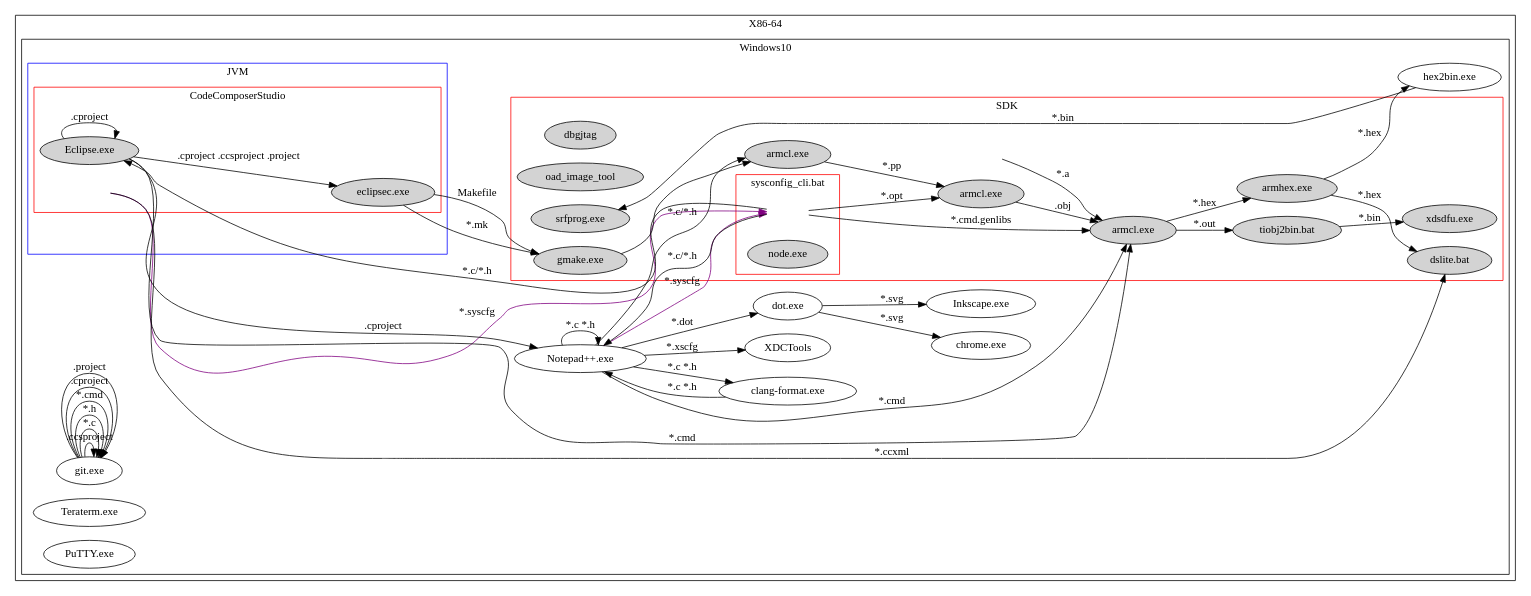
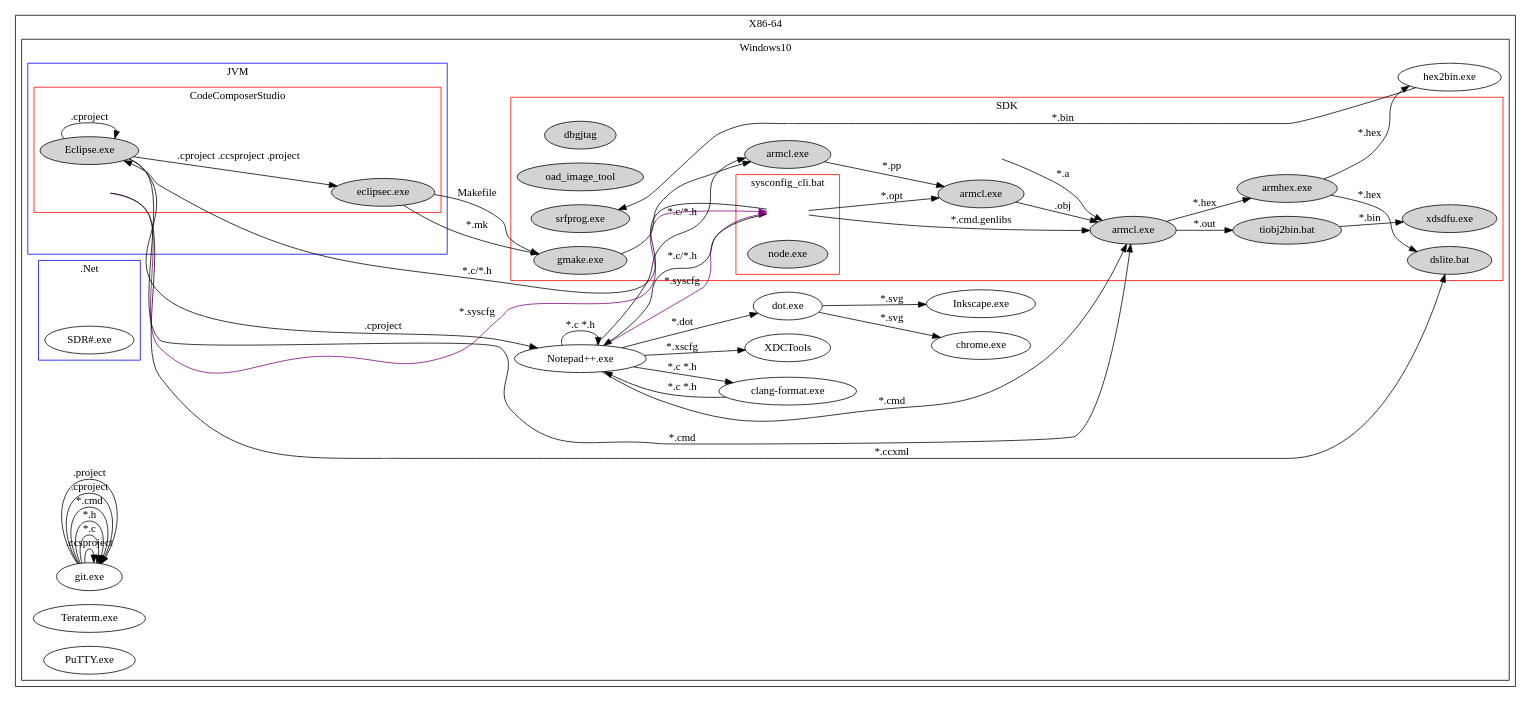
One commit to aabzel/ti_mcu_code_base changed the diagram in docs/toolchain_cc26x2/ToolChain_CC26x2.dot. Above: the diagram before and after it, drawn with Graphviz.

```diff
--- a/docs/toolchain_cc26x2/ToolChain_CC26x2.dot
+++ b/docs/toolchain_cc26x2/ToolChain_CC26x2.dot
@@ -1,100 +1,107 @@
 digraph  graphname {
     rankdir=LR;
 	subgraph clusterx86{
 		label="X86-64"
 
     subgraph clusterWIN10  {
 		label="Windows10"
 		WIN10[shape="none"][style="invis"][label=""];
 		XDCTools [label="XDCTools"];//TI RTOS Configuration
     	subgraph clusterJVM  {
     	   label="JVM"
 		   /*node [style=filled];*/
 		   color=blue
     	   JVM[shape="none"][style="invis"][label=""];
     	    subgraph clusterCSS  {
 			   node [style=filled];
 		       color=red
     	       label="CodeComposerStudio"
 			   /*style=filled;*/
                /*color=red;*/
     	       CCS[shape="none"][style="invis"][label=""];
                Eclipse [label="Eclipse.exe"];
     		   eclipsec[label="eclipsec.exe"];
             }
+        }
+    	subgraph clusterDotNet  {
+    	   label=".Net"
+		   /*node [style=filled];*/
+		   color=blue
+    	   DotNet[shape="none"][style="invis"][label=""];
+		   SDRSharp [label="SDR#.exe"];
         }
         GIT [label="git.exe"];
     	clangformat [label="clang-format.exe"];
         Notepadpp [label="Notepad++.exe"];
     	chrome [label="chrome.exe"];
     	Inkscape [label="Inkscape.exe"];
 		Teraterm [label="Teraterm.exe"];
 		putty [label="PuTTY.exe"];
     	dot [label="dot.exe"];
     	subgraph clusterSDK  {
 			   node [style=filled];
 		       color=red
     	       label="SDK"
     	       SDK[shape="none"][style="invis"][label=""];
 		       dbgjtag
 			   oad_image_tool
 	           subgraph clusterSysConfigCli  {
 		           label="sysconfig_cli.bat"
 		           SysConfigCli[shape="none"][style="invis"][label=""];
 		       	   node_exe[label="node.exe"];
 		       }
 		
     	       dslite [label="dslite.bat"];
     	       compiler[label="armcl.exe"];
     	       Linker [label="armcl.exe"];
     	       gmake[label="gmake.exe"]
     	       srfprog[label="srfprog.exe"];
     	       armhex[label="armhex.exe"];
                Preprocessor[label="armcl.exe"];
     		   tiobj2bin[label="tiobj2bin.bat"];
     		   xdsdfu[label="xdsdfu.exe"];
             }
 		Notepadpp->SysConfigCli[label="*.syscfg" color=purple];
     	CCS->SysConfigCli [label="*.syscfg" color=purple];
 		SysConfigCli->Notepadpp[label="*.c/*.h"];
 		SysConfigCli->Eclipse[label="*.c/*.h"];
     	GIT->GIT[label=".ccsproject"];
     	GIT->GIT[label="*.c"];
 		Notepadpp->XDCTools [label="*.xscfg"];
     	GIT->GIT[label="*.h"];
     	GIT->GIT[label="*.cmd"];
     	GIT->GIT[label=".cproject"];
     	GIT->GIT[label=".project"];
     
         Eclipse->eclipsec[label=".cproject .ccsproject .project"];
     	Preprocessor->compiler[label="*.pp"];
 		SysConfigCli->compiler[label="*.opt"];
 		SysConfigCli->Linker [label="*.cmd.genlibs"];
     	Notepadpp->Preprocessor[label="*.c/*.h"];
     	Eclipse->Linker[label="*.cmd"];
     	Notepadpp->Linker[label="*.cmd"];
     	compiler->Linker[label=".obj"];
     	SDK->Linker[label="*.a"];
     	hex2bin[label="hex2bin.exe"];
     	gmake->Preprocessor;
     	armhex->hex2bin[label="*.hex"];
     	Eclipse->Notepadpp[label=".cproject"];
         Eclipse->Eclipse [label=".cproject"];
         Notepadpp->Notepadpp[label="*.c *.h"];
         Notepadpp->clangformat[label="*.c *.h"];
     	clangformat->Notepadpp[label="*.c *.h"];
     	Notepadpp->dot[label="*.dot"];
     	Linker->armhex[label="*.hex"];
     	armhex->dslite[label="*.hex"];
     	CCS->dslite[label="*.ccxml"];
     	hex2bin->srfprog[label="*.bin"];
     	dot->chrome[label="*.svg"];
     	eclipsec->gmake[label="*.mk"];
     	eclipsec->gmake[label="Makefile"];
     	dot->Inkscape[label="*.svg"];
     	Linker->tiobj2bin[label="*.out"];
     	tiobj2bin->xdsdfu[label="*.bin"];
 	//[label="*.xscfg"];
 	}
 	}
 }
```
